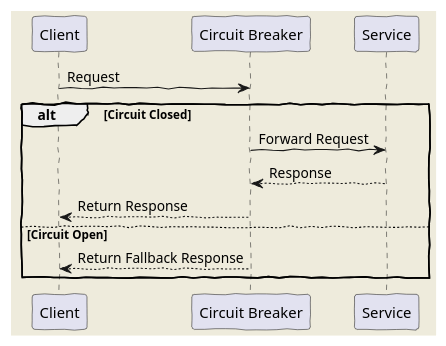
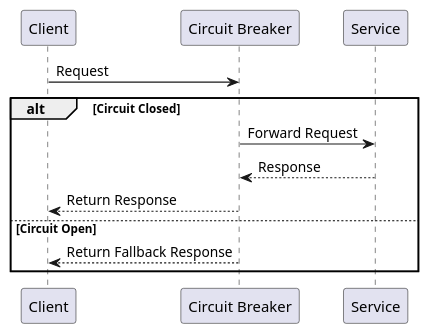
One commit to francescobianco/hardcode.blog changed the second of 2 diagrams in content/posts/pattern/20240917-circuit-breaker.md. Above: the diagram before and after it, drawn with PlantUML. The commit also changed other lines of this file and 4 other files, not shown here.

Commit message:
fix plantuml

````diff
--- a/content/posts/pattern/20240917-circuit-breaker.md
+++ b/content/posts/pattern/20240917-circuit-breaker.md
@@ -52,19 +49,16 @@
-```plantuml
+```plantuml {.is-plantuml}
 @startuml
-skinparam handwritten true
-skinparam backgroundColor #EEEBDC
-
 participant Client
 participant "Circuit Breaker" as CB
 participant "Service" as Service
 
 Client -> CB: Request
 alt Circuit Closed
     CB -> Service: Forward Request
     Service --> CB: Response
     CB --> Client: Return Response
 else Circuit Open
     CB --> Client: Return Fallback Response
 end
 @enduml
 ```
````
